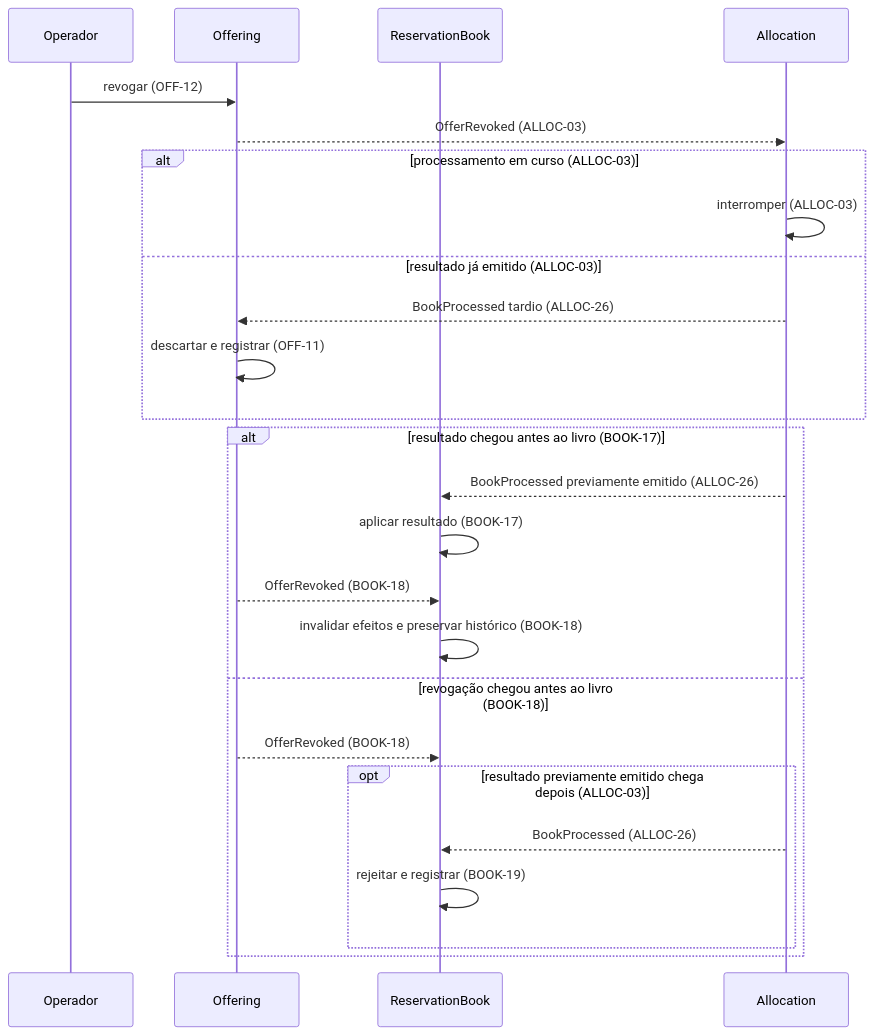
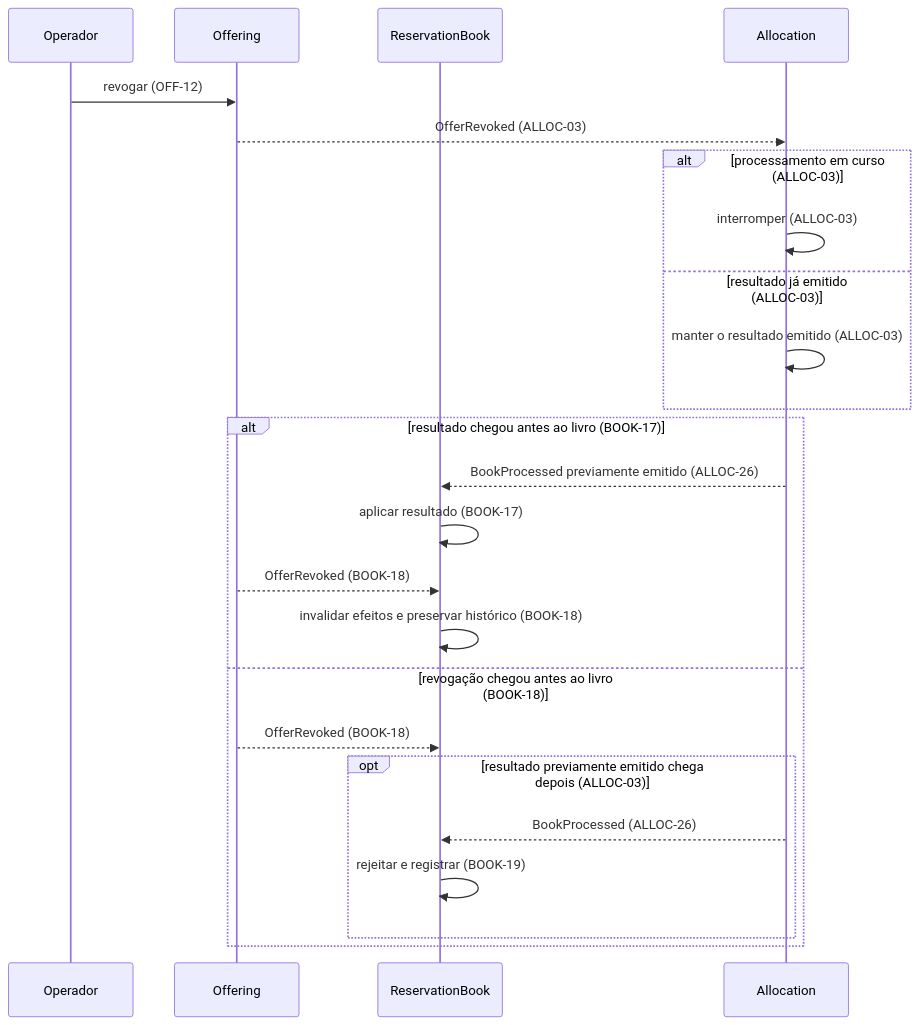
One commit to guilhermesalvi/fund-distribution-platform changed the second of 2 diagrams in docs/prd/0000-platform-overview.md. Above: the diagram before and after it, drawn with Mermaid. The commit also changed other lines of this file and 2 other files, not shown here.

Commit message:
docs: move offer outcome ownership to allocation

````diff
--- a/docs/prd/0000-platform-overview.md
+++ b/docs/prd/0000-platform-overview.md
@@ -73,27 +73,26 @@
 ```mermaid
 sequenceDiagram
     participant Operador
     participant Offering
     participant ReservationBook
     participant Allocation
     Operador->>Offering: revogar (OFF-12)
     Offering-->>Allocation: OfferRevoked (ALLOC-03)
     alt processamento em curso (ALLOC-03)
         Allocation->>Allocation: interromper (ALLOC-03)
     else resultado já emitido (ALLOC-03)
-        Allocation-->>Offering: BookProcessed tardio (ALLOC-26)
-        Offering->>Offering: descartar e registrar (OFF-11)
+        Allocation->>Allocation: manter o resultado emitido (ALLOC-03)
     end
     alt resultado chegou antes ao livro (BOOK-17)
         Allocation-->>ReservationBook: BookProcessed previamente emitido (ALLOC-26)
         ReservationBook->>ReservationBook: aplicar resultado (BOOK-17)
         Offering-->>ReservationBook: OfferRevoked (BOOK-18)
         ReservationBook->>ReservationBook: invalidar efeitos e preservar histórico (BOOK-18)
     else revogação chegou antes ao livro (BOOK-18)
         Offering-->>ReservationBook: OfferRevoked (BOOK-18)
         opt resultado previamente emitido chega depois (ALLOC-03)
             Allocation-->>ReservationBook: BookProcessed (ALLOC-26)
             ReservationBook->>ReservationBook: rejeitar e registrar (BOOK-19)
         end
     end
 ```
````
